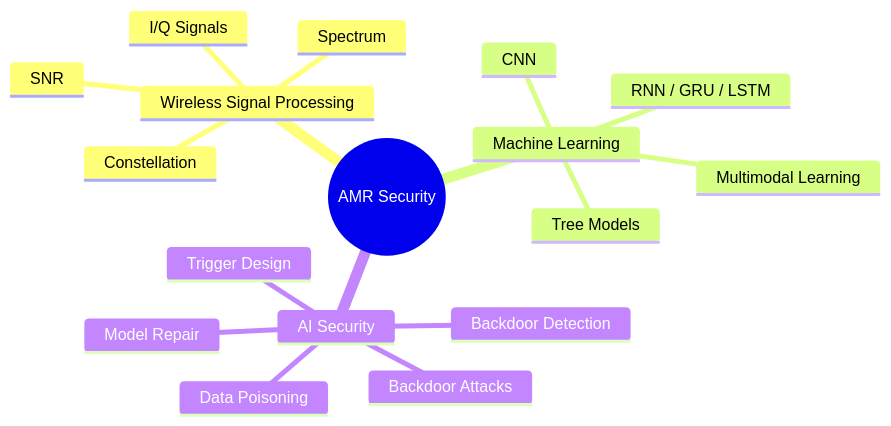
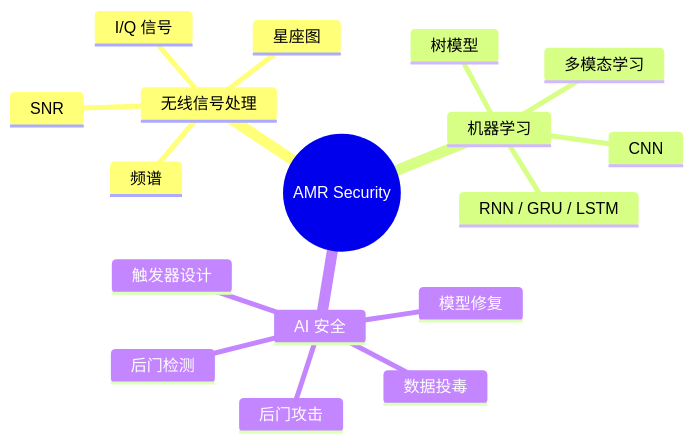
One commit to Xu0225/AMR_BACKDOOR changed the second of 2 diagrams in README.md. Above: the diagram before and after it, drawn with Mermaid. The commit also changed other lines of this file, not shown here.

```diff
--- a/README.md
+++ b/README.md
@@ -558,20 +566,20 @@
 ~~~mermaid
 mindmap
   root((AMR Security))
-    Wireless Signal Processing
-      I/Q Signals
+    无线信号处理
+      I/Q 信号
       SNR
-      Spectrum
-      Constellation
-    Machine Learning
+      频谱
+      星座图
+    机器学习
       CNN
       RNN / GRU / LSTM
-      Tree Models
-      Multimodal Learning
-    AI Security
-      Data Poisoning
-      Backdoor Attacks
-      Trigger Design
-      Backdoor Detection
-      Model Repair
+      树模型
+      多模态学习
+    AI 安全
+      数据投毒
+      后门攻击
+      触发器设计
+      后门检测
+      模型修复
 ~~~
```
